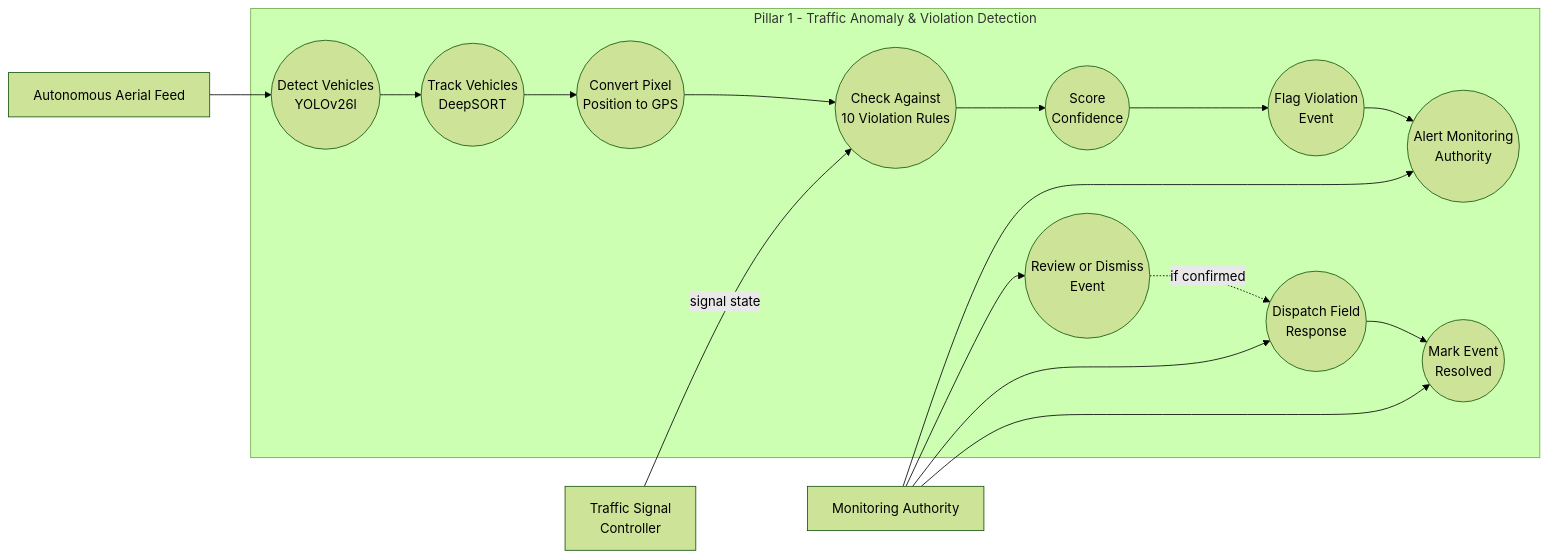
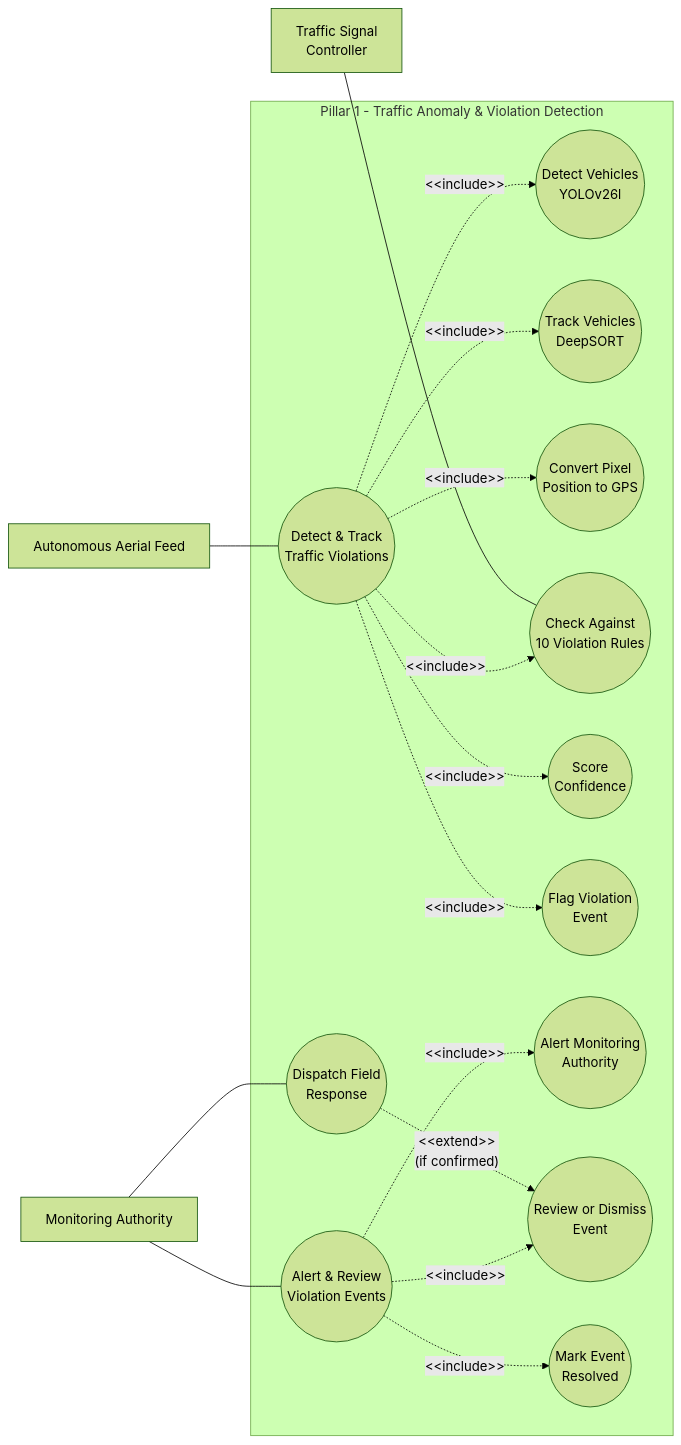
The diagram in docs/diagrams/01a_Use_Case_Diagram_Violation_Detection.md (DevWithPranav/main-project), drawn with Mermaid (forest theme) before and after one commit. The commit also changed other lines of this file and 3 other files, not shown here.

Commit message:
Update use case diagrams with enhanced notation and structure for clarity

````diff
--- a/docs/diagrams/01a_Use_Case_Diagram_Violation_Detection.md
+++ b/docs/diagrams/01a_Use_Case_Diagram_Violation_Detection.md
@@ -27,29 +27,40 @@
 ```mermaid
 flowchart LR
     FEED[Autonomous Aerial Feed]
     SIG[Traffic Signal<br/>Controller]
     MON[Monitoring Authority]
 
     subgraph SYS[Pillar 1 - Traffic Anomaly & Violation Detection]
+        UC1(( Detect & Track<br/>Traffic Violations ))
+        UC2(( Alert & Review<br/>Violation Events ))
+
         D1(( Detect Vehicles<br/>YOLOv26l ))
         D2(( Track Vehicles<br/>DeepSORT ))
         D3(( Convert Pixel<br/>Position to GPS ))
         D4(( Check Against<br/>10 Violation Rules ))
         D5(( Score<br/>Confidence ))
         D6(( Flag Violation<br/>Event ))
+
         D7(( Alert Monitoring<br/>Authority ))
         D8(( Review or Dismiss<br/>Event ))
         D9(( Dispatch Field<br/>Response ))
         D10(( Mark Event<br/>Resolved ))
     end
 
-    FEED --> D1 --> D2 --> D3 --> D4
-    SIG -- "signal state" --> D4
-    D4 --> D5 --> D6 --> D7
-    MON --> D7
-    MON --> D8
-    D8 -.if confirmed.-> D9
-    MON --> D9
-    D9 --> D10
-    MON --> D10
+    UC1 -. "&lt;&lt;include&gt;&gt;" .-> D1
+    UC1 -. "&lt;&lt;include&gt;&gt;" .-> D2
+    UC1 -. "&lt;&lt;include&gt;&gt;" .-> D3
+    UC1 -. "&lt;&lt;include&gt;&gt;" .-> D4
+    UC1 -. "&lt;&lt;include&gt;&gt;" .-> D5
+    UC1 -. "&lt;&lt;include&gt;&gt;" .-> D6
+
+    UC2 -. "&lt;&lt;include&gt;&gt;" .-> D7
+    UC2 -. "&lt;&lt;include&gt;&gt;" .-> D8
+    UC2 -. "&lt;&lt;include&gt;&gt;" .-> D10
+    D9  -. "&lt;&lt;extend&gt;&gt;<br/>(if confirmed)" .-> D8
+
+    FEED --- UC1
+    SIG  --- D4
+    MON  --- UC2
+    MON  --- D9
 ```
````
